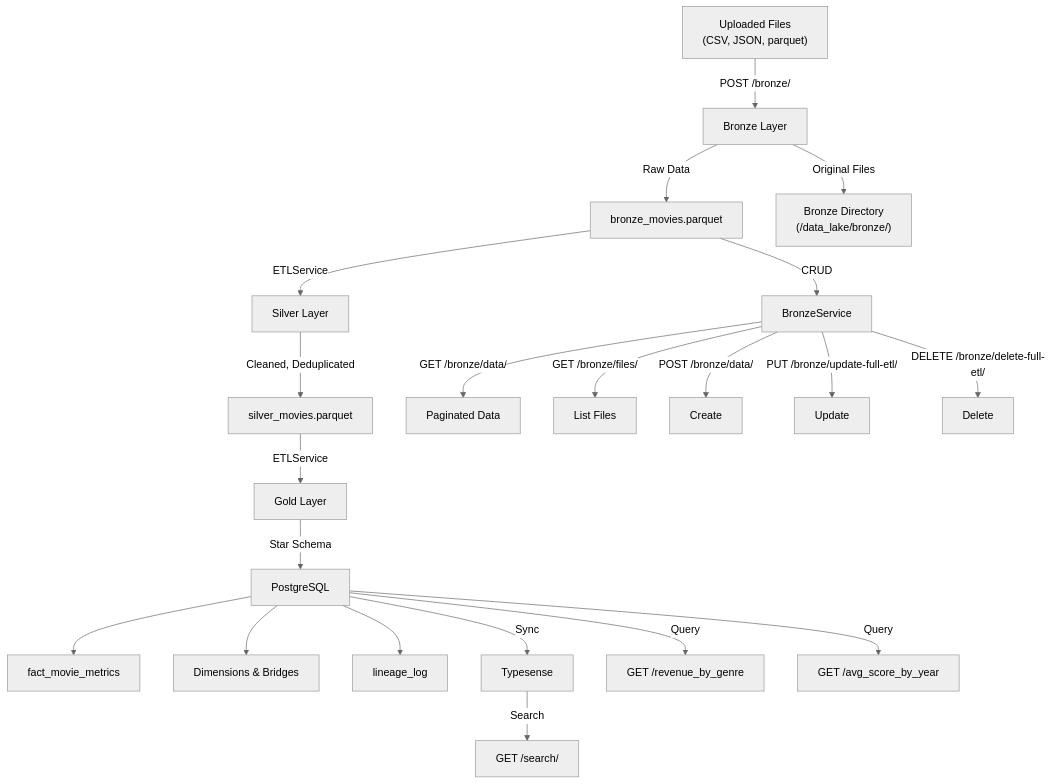
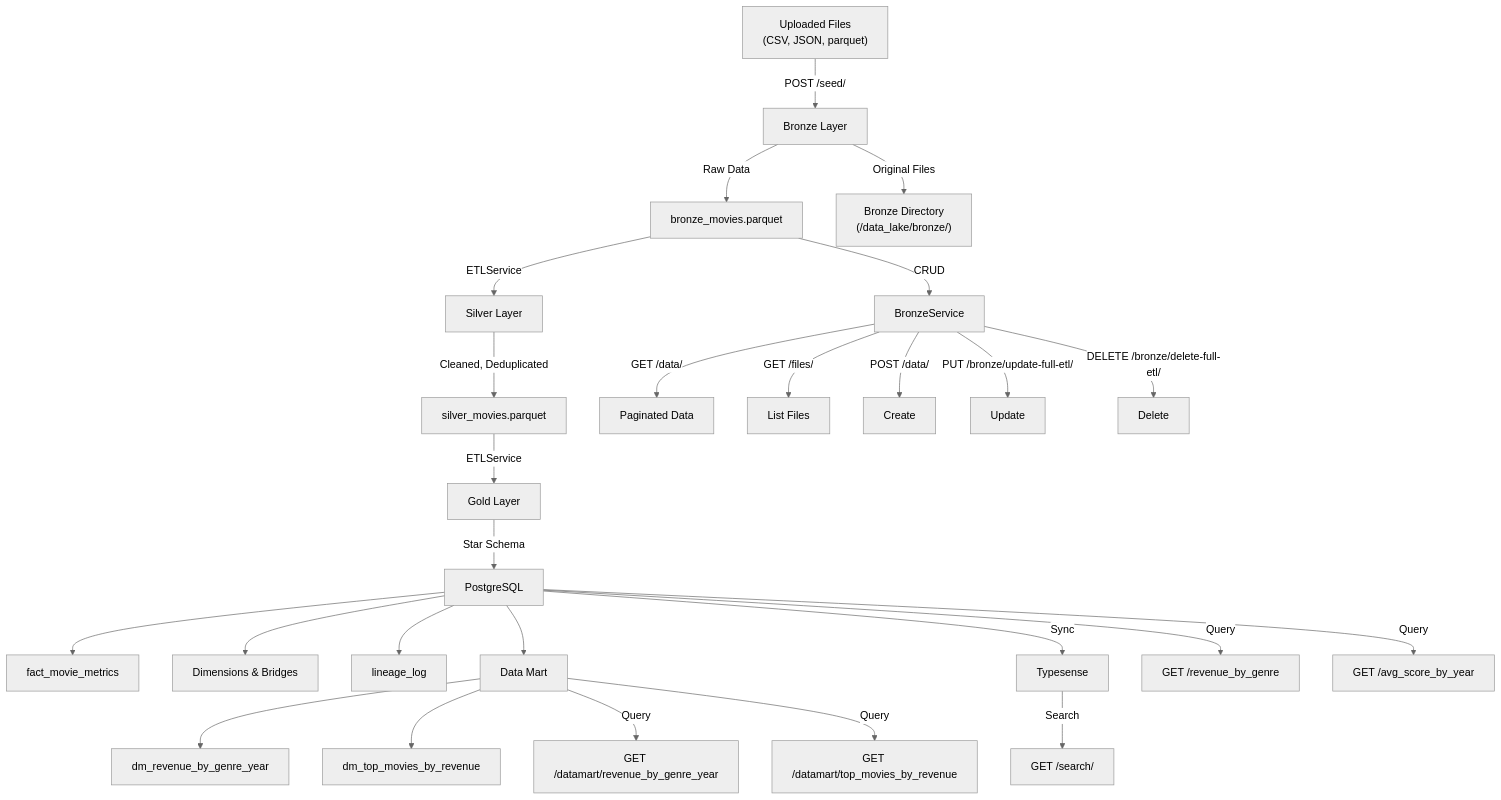
One commit to lujanmartin/TechChallengeDataEng changed the fourth of 4 diagrams in Mermaid diagrams for data structure.md. Above: the diagram before and after it, drawn with Mermaid (neutral theme). The commit also changed other lines of this file, not shown here.

Commit message:
docs: update Mermaid diagrams for Gold and Overall Data Lake with Data Mart
Updated the Mermaid diagrams for the Gold Layer and Overall Data Lake Organization  to reflect the addition of the Data Mart. Added `dm_revenue_by_genre_year` and `dm_top_movies_by_revenue` materialized views and their respective query endpoints (`/datamart/revenue_by_genre_year`, `/datamart/top_movies_by_revenue`) to both diagrams, ensuring they accurately represent the current data structure and flow.

````diff
--- a/Mermaid diagrams for data structure.md
+++ b/Mermaid diagrams for data structure.md
@@ -76,23 +81,28 @@
 ```mermaid
 graph TD
-    A["Uploaded Files<br/>(CSV, JSON, parquet)"] -->|"POST /bronze/"| B["Bronze Layer"]
+    A["Uploaded Files<br/>(CSV, JSON, parquet)"] -->|"POST /seed/"| B["Bronze Layer"]
     B -->|"Raw Data"| C["bronze_movies.parquet"]
     B -->|"Original Files"| D["Bronze Directory<br/>(/data_lake/bronze/)"]
     C -->|"ETLService"| E["Silver Layer"]
     E -->|"Cleaned, Deduplicated"| F["silver_movies.parquet"]
     F -->|"ETLService"| G["Gold Layer"]
     G -->|"Star Schema"| H["PostgreSQL"]
     H --> I["fact_movie_metrics"]
     H --> J["Dimensions & Bridges"]
     H --> K["lineage_log"]
-    H -->|"Sync"| L["Typesense"]
-    L -->|"Search"| M["GET /search/"]
-    H -->|"Query"| N["GET /revenue_by_genre"]
-    H -->|"Query"| O["GET /avg_score_by_year"]
-    C -->|"CRUD"| P["BronzeService"]
-    P -->|"GET /bronze/data/"| Q["Paginated Data"]
-    P -->|"GET /bronze/files/"| R["List Files"]
-    P -->|"POST /bronze/data/"| S["Create"]
-    P -->|"PUT /bronze/update-full-etl/"| T["Update"]
-    P -->|"DELETE /bronze/delete-full-etl/"| U["Delete"]
+    H --> L["Data Mart"]
+    L --> M["dm_revenue_by_genre_year"]
+    L --> N["dm_top_movies_by_revenue"]
+    L -->|"Query"| O["GET /datamart/revenue_by_genre_year"]
+    L -->|"Query"| P["GET /datamart/top_movies_by_revenue"]
+    H -->|"Sync"| Q["Typesense"]
+    Q -->|"Search"| R["GET /search/"]
+    H -->|"Query"| S["GET /revenue_by_genre"]
+    H -->|"Query"| T["GET /avg_score_by_year"]
+    C -->|"CRUD"| U["BronzeService"]
+    U -->|"GET /data/"| V["Paginated Data"]
+    U -->|"GET /files/"| W["List Files"]
+    U -->|"POST /data/"| X["Create"]
+    U -->|"PUT /bronze/update-full-etl/"| Y["Update"]
+    U -->|"DELETE /bronze/delete-full-etl/"| Z["Delete"]
 ```
````
